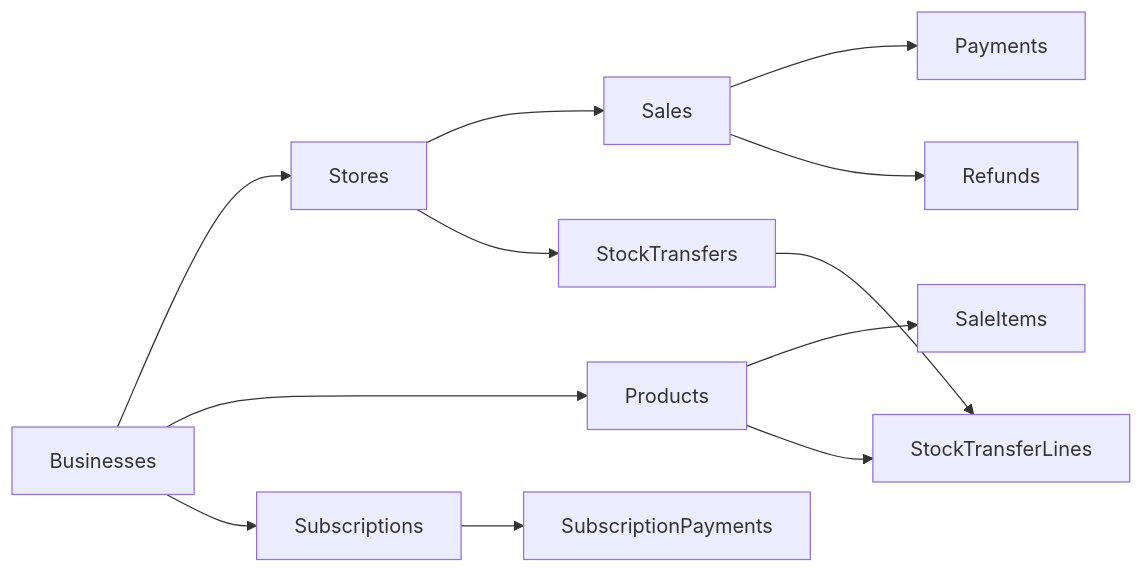
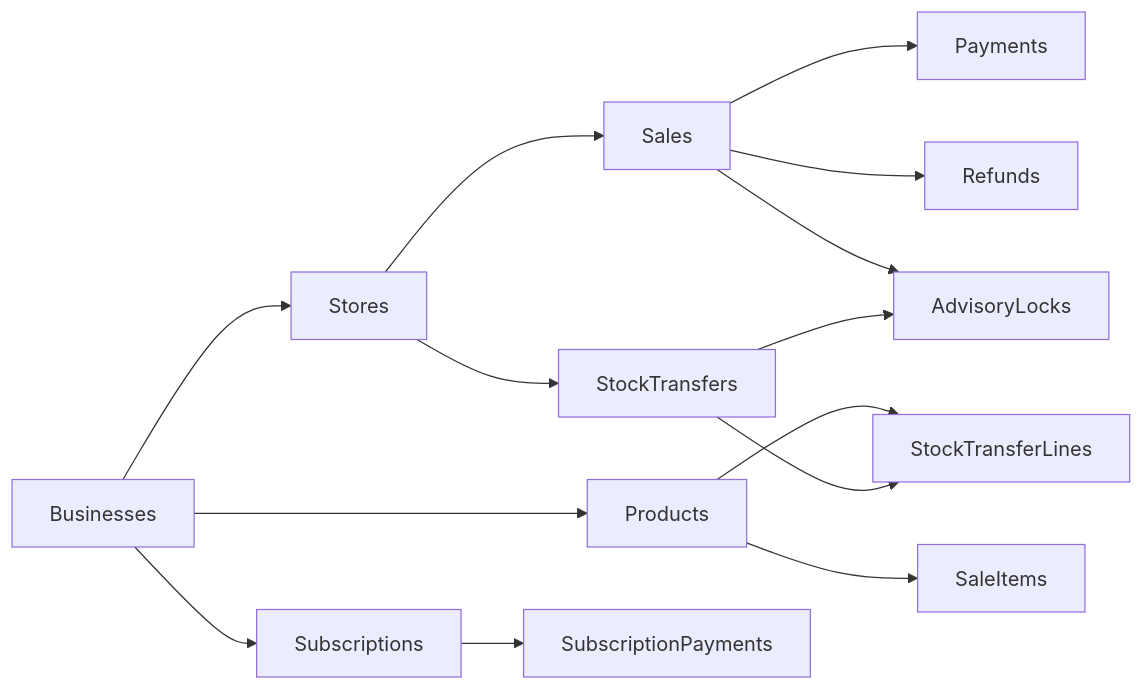
Before and after one commit to themclloyd/storq: the fifth of 5 diagrams in .qoder/repowiki/en/content/Database Schema Design.md, drawn with Mermaid. The commit also changed other lines of this file and 42 other files, not shown here.

````diff
--- a/.qoder/repowiki/en/content/Database Schema Design.md
+++ b/.qoder/repowiki/en/content/Database Schema Design.md
@@ -241,14 +296,16 @@
 ```mermaid
 graph LR
 Businesses --> Stores
 Businesses --> Products
 Businesses --> Subscriptions
 Stores --> Sales
 Stores --> StockTransfers
 Products --> SaleItems
 Products --> StockTransferLines
 Sales --> Payments
 Sales --> Refunds
 StockTransfers --> StockTransferLines
 Subscriptions --> SubscriptionPayments
+Sales --> AdvisoryLocks
+StockTransfers --> AdvisoryLocks
 ```
````
